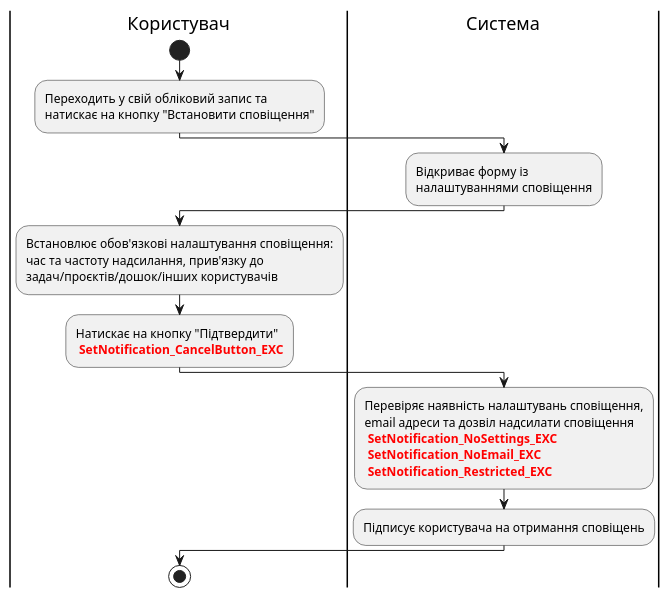
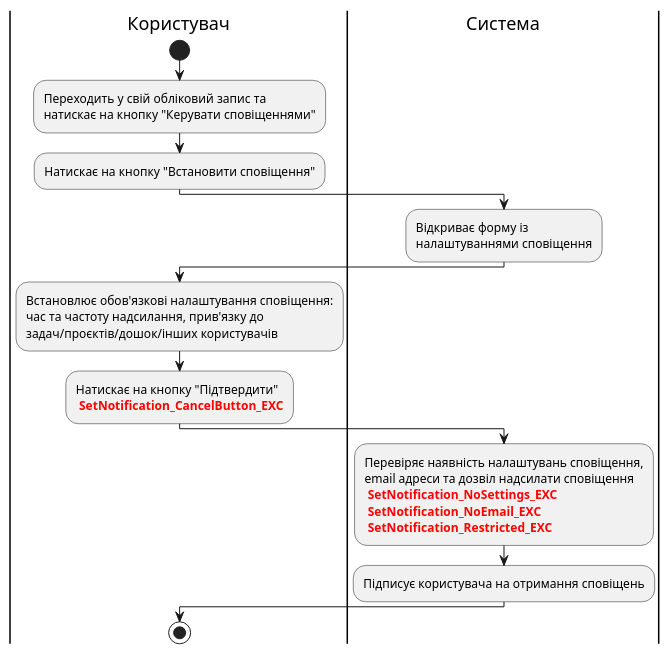
Before and after one commit to boldak/edu-db-cw: diagram 12 of 29 in docs/use cases/README.md, drawn with PlantUML. The commit also changed other lines of this file and 1 other file, not shown here.

Commit message:
Add one step for setting and deleting notifications

```diff
--- a/docs/use cases/README.md
+++ b/docs/use cases/README.md
@@ -634,26 +634,27 @@
 @startuml
 
 |Користувач|
 start;
-:Переходить у свій обліковий запис та\nнатискає на кнопку "Встановити сповіщення";
+:Переходить у свій обліковий запис та\nнатискає на кнопку "Керувати сповіщеннями";
+:Натискає на кнопку "Встановити сповіщення";
 
 |Система|
 :Відкриває форму із\nналаштуваннями сповіщення;
 
 |Користувач|
 :Встановлює обов'язкові налаштування сповіщення:\nчас та частоту надсилання, прив'язку до \nзадач/проєктів/дошок/інших користувачів;
 :Натискає на кнопку "Підтвердити"
 <font color="red"><b> SetNotification_CancelButton_EXC;
 
 |Система|
 :Перевіряє наявність налаштувань сповіщення,
 email адреси та дозвіл надсилати сповіщення
 <font color="red"><b> SetNotification_NoSettings_EXC
 <font color="red"><b> SetNotification_NoEmail_EXC
 <font color="red"><b> SetNotification_Restricted_EXC;
 
 :Підписує користувача на отримання сповіщень;
 
 |Користувач|
 stop;
 @enduml
```
